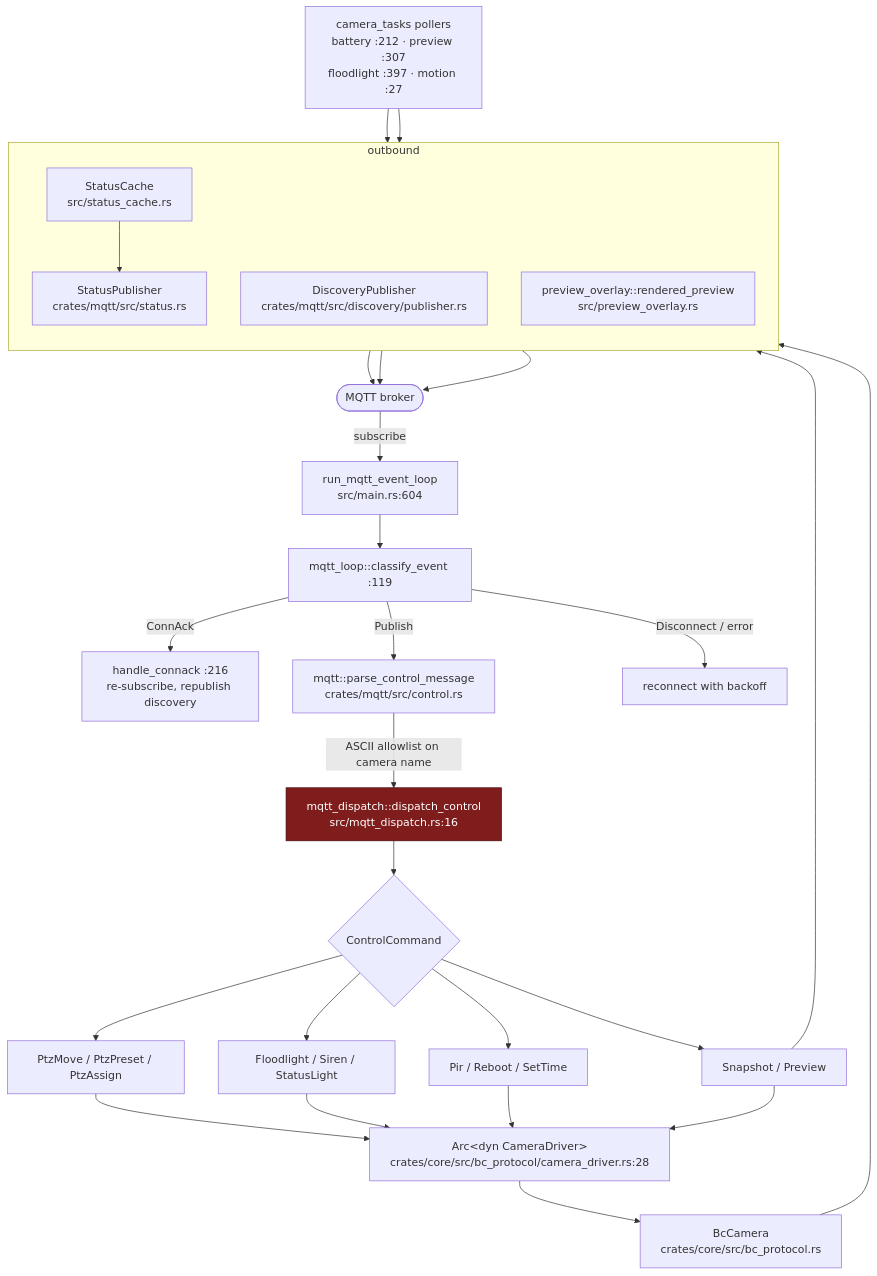
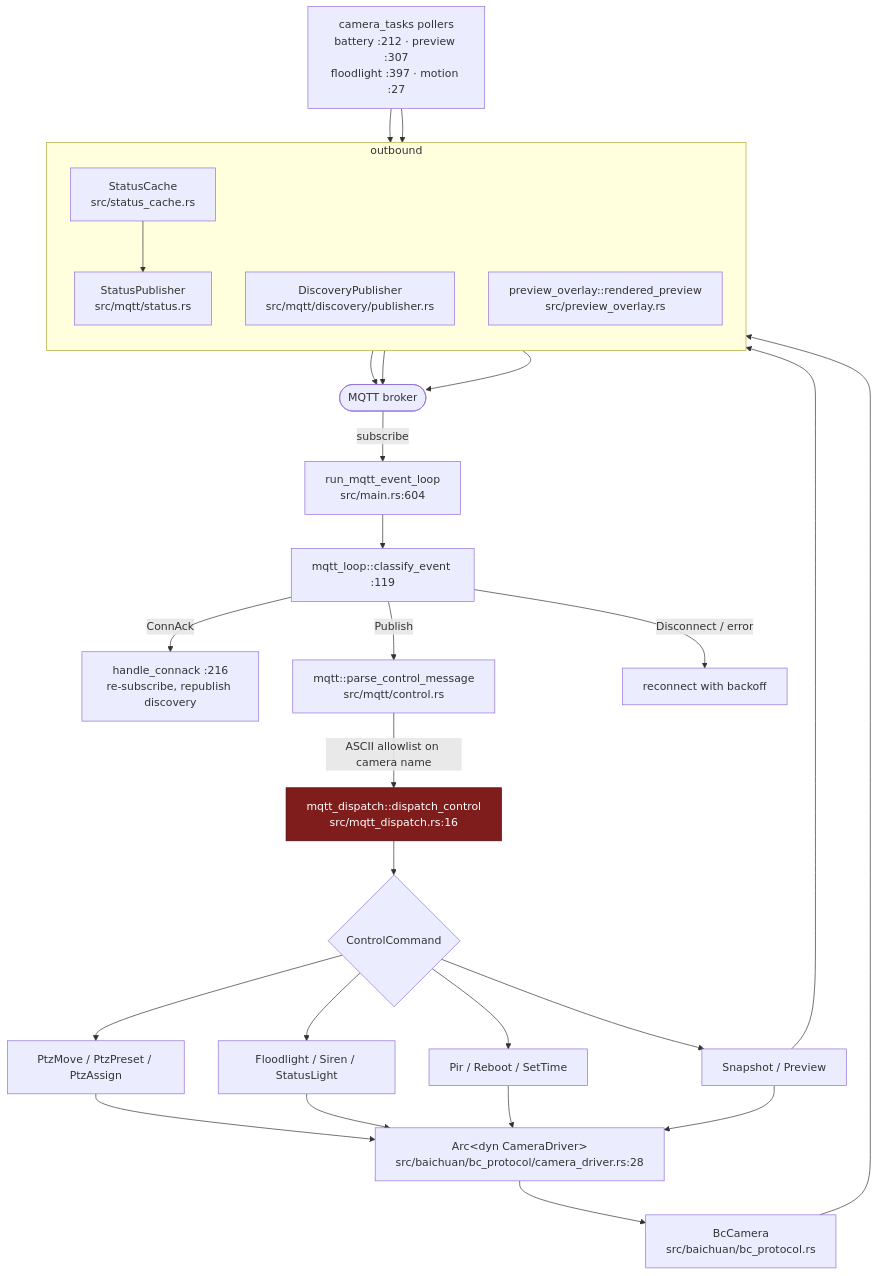
One commit to hsoj/bairelay changed the eighth of 14 diagrams in docs/code-paths.md. Above: the diagram before and after it, drawn with Mermaid. The commit also changed other lines of this file and 369 other files, not shown here.

````diff
--- a/docs/code-paths.md
+++ b/docs/code-paths.md
@@ -415,45 +415,45 @@
 ```mermaid
 flowchart TD
     BROKER([MQTT broker])
 
     BROKER -->|"subscribe"| EL["run_mqtt_event_loop<br/>src/main.rs:604"]
     EL --> CE["mqtt_loop::classify_event :119"]
 
     CE -->|"ConnAck"| CA["handle_connack :216<br/>re-subscribe, republish discovery"]
-    CE -->|"Publish"| PC["mqtt::parse_control_message<br/>crates/mqtt/src/control.rs"]
+    CE -->|"Publish"| PC["mqtt::parse_control_message<br/>src/mqtt/control.rs"]
     CE -->|"Disconnect / error"| RC["reconnect with backoff"]
 
     PC -->|"ASCII allowlist on camera name"| DC["mqtt_dispatch::dispatch_control<br/>src/mqtt_dispatch.rs:16"]
 
     DC --> CMD{ControlCommand}
     CMD --> C1["PtzMove / PtzPreset / PtzAssign"]
     CMD --> C2["Floodlight / Siren / StatusLight"]
     CMD --> C3["Pir / Reboot / SetTime"]
     CMD --> C4["Snapshot / Preview"]
 
-    C1 --> DRV["Arc&lt;dyn CameraDriver&gt;<br/>crates/core/src/bc_protocol/camera_driver.rs:28"]
+    C1 --> DRV["Arc&lt;dyn CameraDriver&gt;<br/>src/baichuan/bc_protocol/camera_driver.rs:28"]
     C2 --> DRV
     C3 --> DRV
     C4 --> DRV
 
-    DRV --> BCC["BcCamera<br/>crates/core/src/bc_protocol.rs"]
+    DRV --> BCC["BcCamera<br/>src/baichuan/bc_protocol.rs"]
 
     subgraph PUB ["outbound"]
         direction TB
-        SP["StatusPublisher<br/>crates/mqtt/src/status.rs"]
-        DP["DiscoveryPublisher<br/>crates/mqtt/src/discovery/publisher.rs"]
+        SP["StatusPublisher<br/>src/mqtt/status.rs"]
+        DP["DiscoveryPublisher<br/>src/mqtt/discovery/publisher.rs"]
         SC["StatusCache<br/>src/status_cache.rs"]
         OV["preview_overlay::rendered_preview<br/>src/preview_overlay.rs"]
     end
 
     BCC --> SC --> SP --> BROKER
     DP --> BROKER
     OV --> BROKER
 
     POLL["camera_tasks pollers<br/>battery :212 · preview :307<br/>floodlight :397 · motion :27"] --> SC
     POLL --> OV
     C4 --> OV
 
     classDef issue fill:#7f1d1d,stroke:#450a0a,color:#fff
     class DC issue
 ```
````
